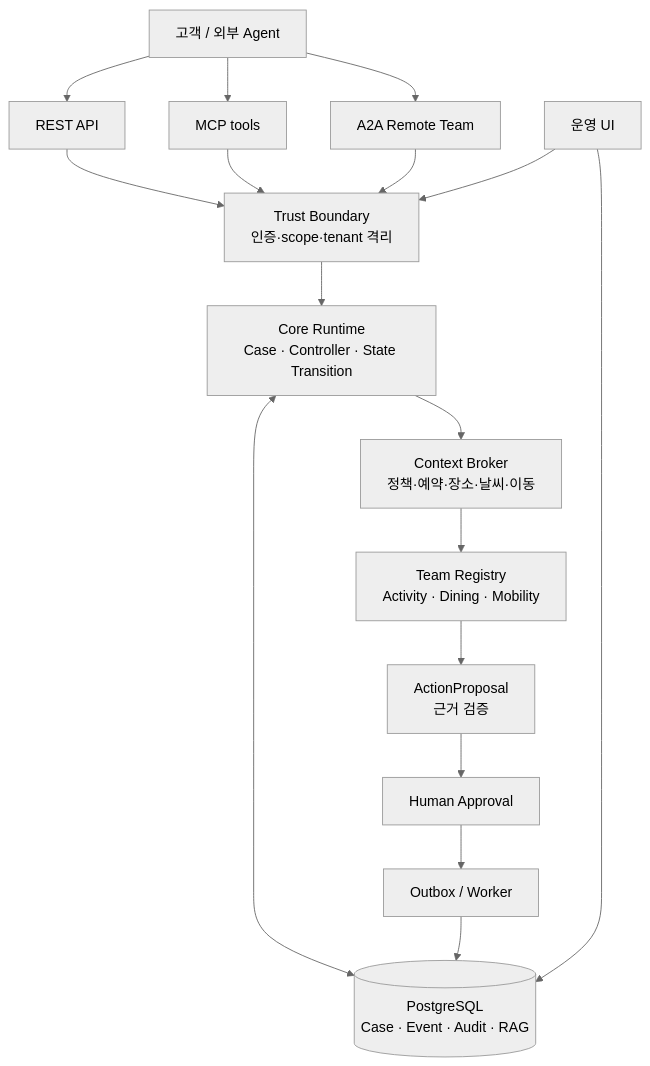
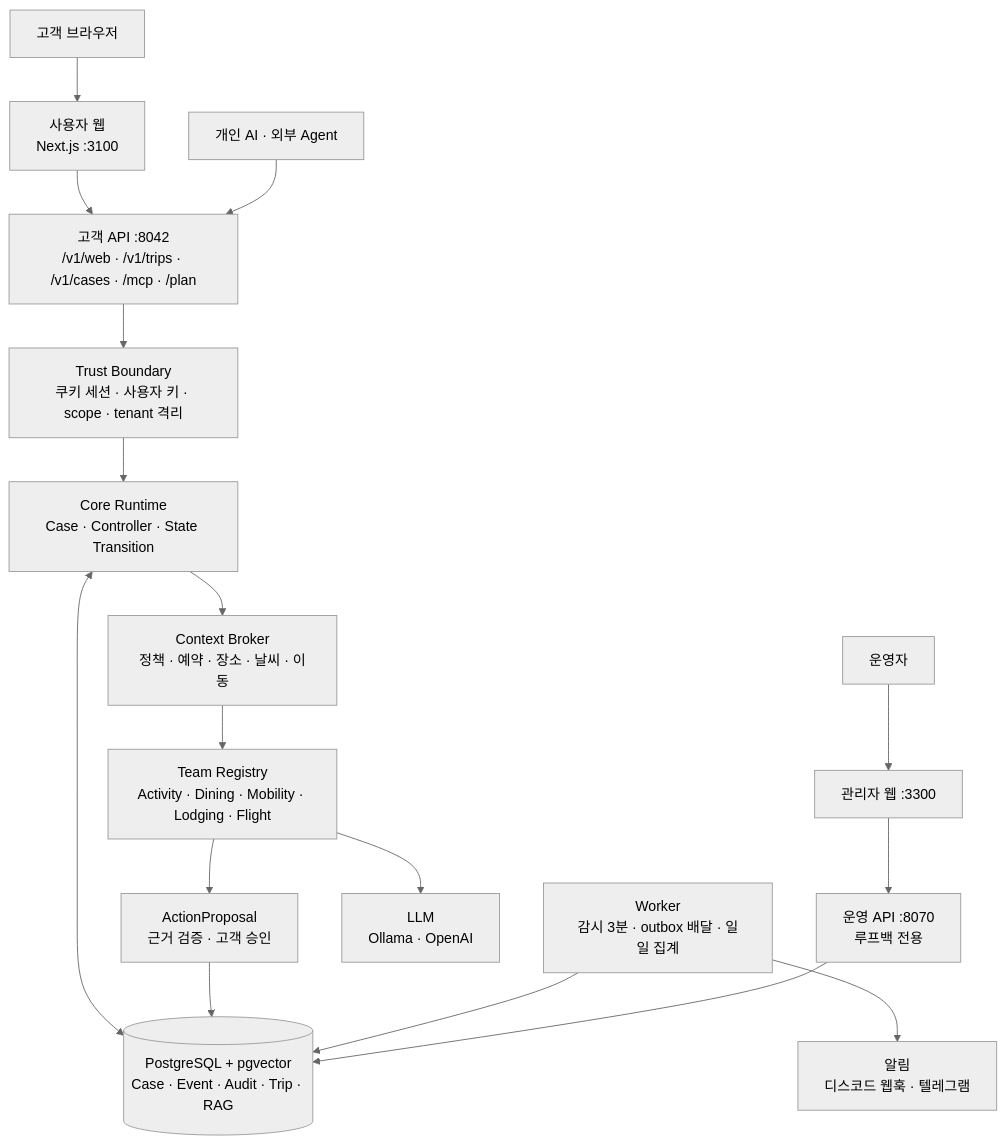
One commit to SKNETWORKS-FAMILY-AICAMP/SKN32-FINAL-6TEAM changed the diagram in README.md. Above: the diagram before and after it, drawn with Mermaid (neutral theme). The commit also changed other lines of this file and 2 other files, not shown here.

````diff
--- a/README.md
+++ b/README.md
@@ -66,30 +84,30 @@
 ```mermaid
 flowchart TB
-    C[고객 / 외부 Agent]
-    R[REST API]
-    M[MCP tools]
-    A[A2A Remote Team]
-    G[Trust Boundary\n인증·scope·tenant 격리]
-    K[Core Runtime\nCase · Controller · State Transition]
-    X[Context Broker\n정책·예약·장소·날씨·이동]
-    T[Team Registry\nActivity · Dining · Mobility]
-    P[ActionProposal\n근거 검증]
-    H[Human Approval]
-    O[Outbox / Worker]
-    D[(PostgreSQL\nCase · Event · Audit · RAG)]
-    U[운영 UI]
+    U["고객 브라우저"]
+    AI["개인 AI · 외부 Agent"]
+    OP["운영자"]
+    W["사용자 웹<br/>Next.js :3100"]
+    API["고객 API :8042<br/>/v1/web · /v1/trips · /v1/cases · /mcp · /plan"]
+    G["Trust Boundary<br/>쿠키 세션 · 사용자 키 · scope · tenant 격리"]
+    K["Core Runtime<br/>Case · Controller · State Transition"]
+    X["Context Broker<br/>정책 · 예약 · 장소 · 날씨 · 이동"]
+    T["Team Registry<br/>Activity · Dining · Mobility · Lodging · Flight"]
+    P["ActionProposal<br/>근거 검증 · 고객 승인"]
+    WK["Worker<br/>감시 3분 · outbox 배달 · 일일 집계"]
+    N["알림<br/>디스코드 웹훅 · 텔레그램"]
+    L["LLM<br/>Ollama · OpenAI"]
+    D[("PostgreSQL + pgvector<br/>Case · Event · Audit · Trip · RAG")]
+    AW["관리자 웹 :3300"]
+    OA["운영 API :8070<br/>루프백 전용"]
 
-    C --> R --> G
-    C --> M --> G
-    C --> A --> G
-    G --> K
+    U --> W --> API
+    AI --> API
+    API --> G --> K
     K <--> D
-    K --> X
-    X --> T
-    T --> P
-    P --> H
-    H --> O
-    O --> D
-    U --> G
-    U --> D
+    K --> X --> T --> P
+    T --> L
+    P --> D
+    WK --> D
+    WK --> N
+    OP --> AW --> OA --> D
 ```
````
